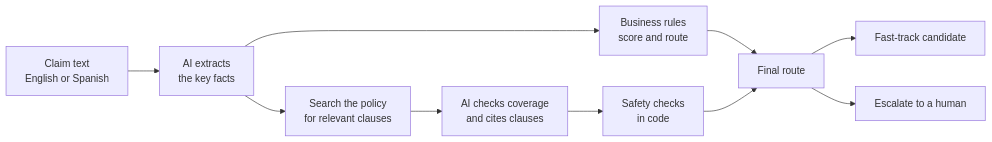
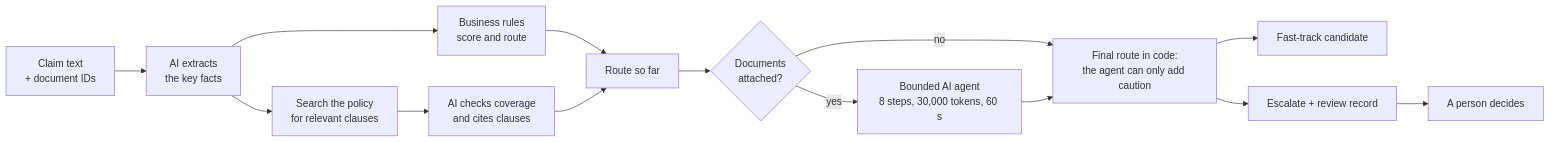
One commit to RanaFahad01/insurance-claims-copilot changed the diagram in README.md. Above: the diagram before and after it, drawn with Mermaid. The commit also changed other lines of this file and 19 other files, not shown here.

````diff
--- a/README.md
+++ b/README.md
@@ -82,12 +96,16 @@
 ```mermaid
 flowchart LR
-    A[Claim text<br/>English or Spanish] --> B[AI extracts<br/>the key facts]
+    A[Claim text<br/>+ document IDs] --> B[AI extracts<br/>the key facts]
     B --> C[Business rules<br/>score and route]
     B --> D[Search the policy<br/>for relevant clauses]
     D --> E[AI checks coverage<br/>and cites clauses]
-    E --> F[Safety checks<br/>in code]
-    C --> G[Final route]
-    F --> G
-    G --> H[Fast-track candidate]
-    G --> I[Escalate to a human]
+    C --> F[Route so far]
+    E --> F
+    F --> G{Documents<br/>attached?}
+    G -- yes --> H[Bounded AI agent<br/>8 steps, 30,000 tokens, 60 s]
+    G -- no --> I
+    H --> I[Final route in code:<br/>the agent can only add caution]
+    I --> J[Fast-track candidate]
+    I --> K[Escalate + review record]
+    K --> L[A person decides]
 ```
````
